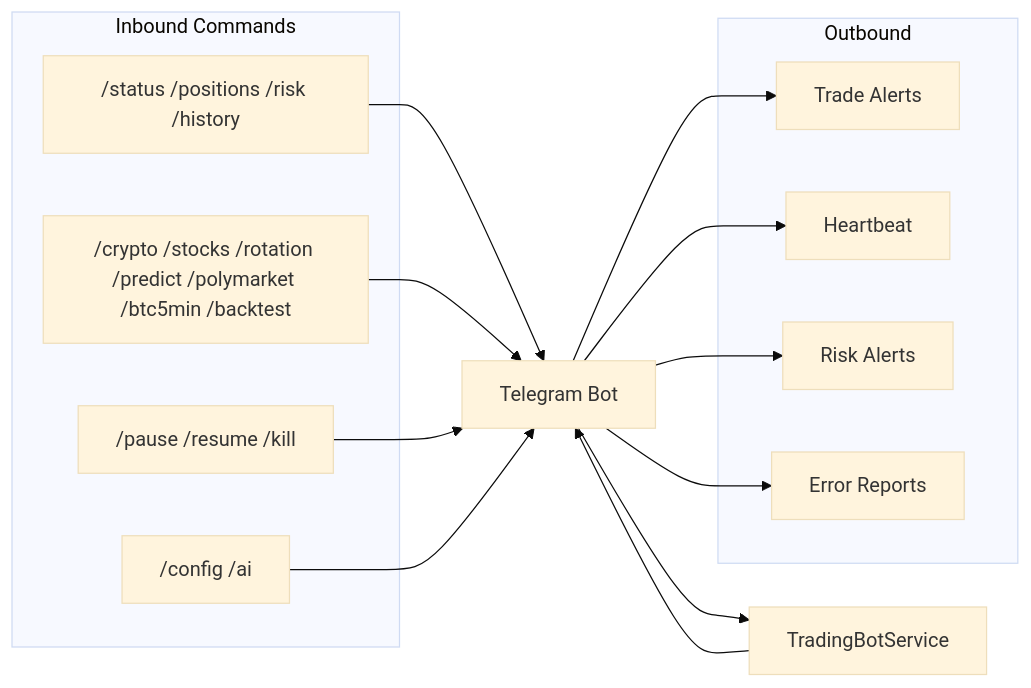
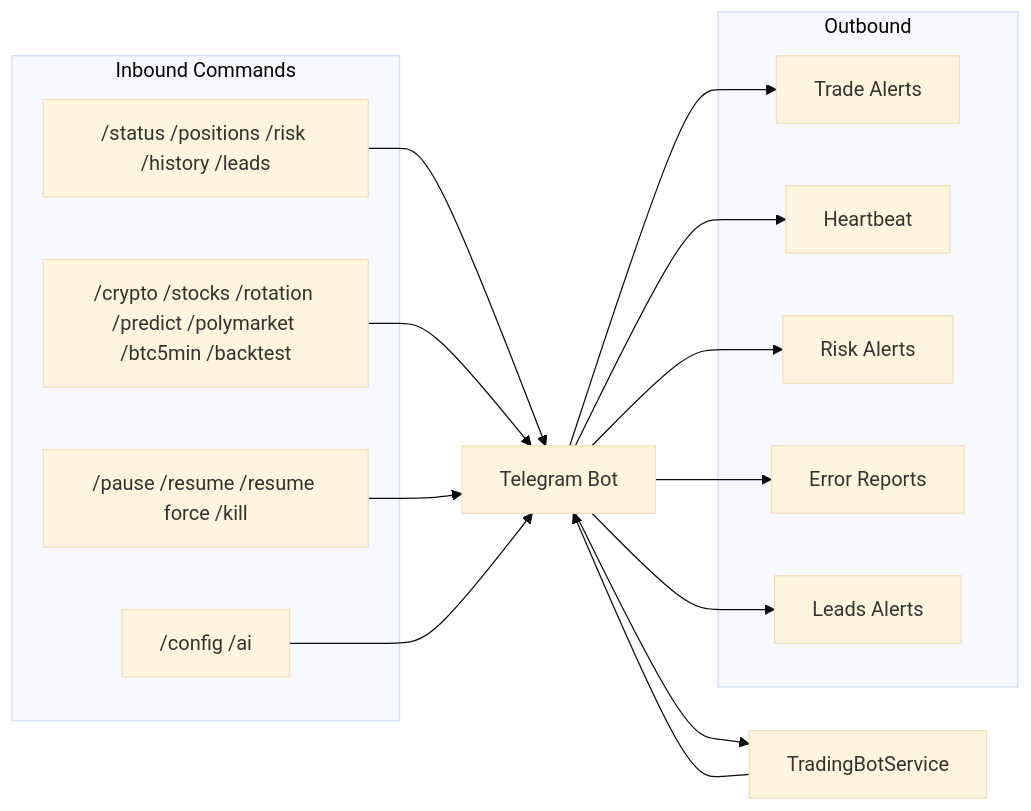
The fifth of 5 diagrams in README.md (sherifconteh-collab/Zulubot), drawn with Mermaid (base theme) before and after one commit. The commit also changed other lines of this file, not shown here.

First line of the commit message:
docs: update README for /resume force and leads notifications

````diff
--- a/README.md
+++ b/README.md
@@ -383,31 +383,33 @@
 ```mermaid
 graph LR
     subgraph Outbound
         TA["Trade Alerts"]
         HB["Heartbeat"]
         RA["Risk Alerts"]
         ER["Error Reports"]
+        LA["Leads Alerts"]
     end
 
     subgraph "Inbound Commands"
-        MON["/status /positions /risk /history"]
+        MON["/status /positions /risk /history /leads"]
         EXEC["/crypto /stocks /rotation /predict /polymarket /btc5min /backtest"]
-        CTRL["/pause /resume /kill"]
+        CTRL["/pause /resume /resume force /kill"]
         CFG["/config /ai"]
     end
 
     BOT["Telegram Bot"]
     SVC2["TradingBotService"]
 
     SVC2 --> BOT
     BOT --> TA
     BOT --> HB
     BOT --> RA
     BOT --> ER
+    BOT --> LA
 
     MON --> BOT
     EXEC --> BOT
     CTRL --> BOT
     CFG --> BOT
     BOT --> SVC2
 ```
````
